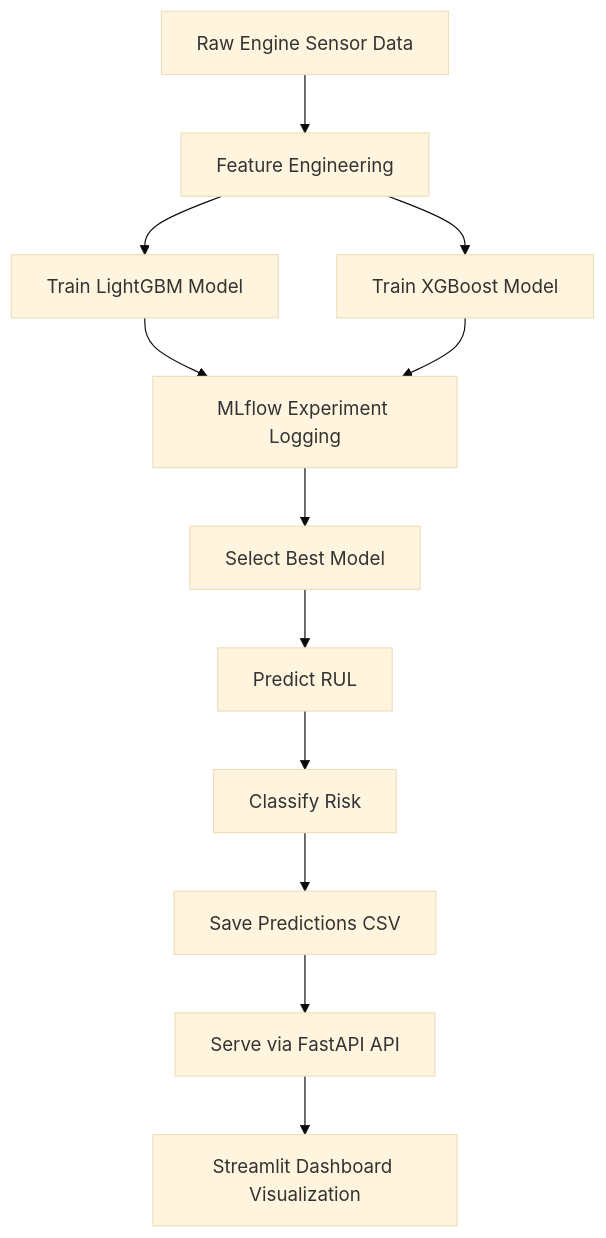
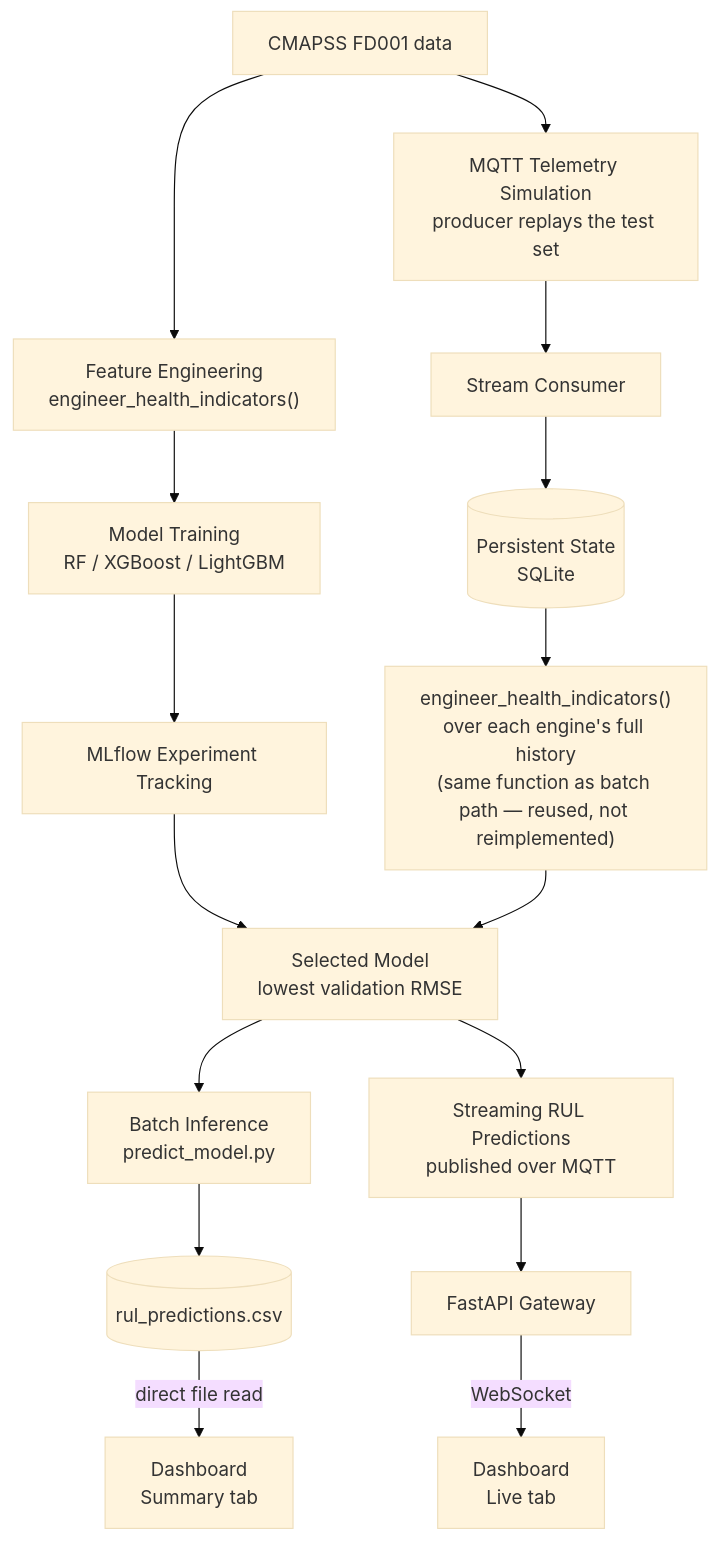
One commit to S-Houston/predictive_maintenance changed the diagram in README.md. Above: the diagram before and after it, drawn with Mermaid (base theme). The commit also changed other lines of this file, not shown here.

First line of the commit message:
docs: reframe README overview and goals, redraw workflow diagram

````diff
--- a/README.md
+++ b/README.md
@@ -105,14 +101,20 @@
 ```mermaid
 flowchart TD
-    A[Raw Engine Sensor Data] --> B[Feature Engineering]
-    B --> C[Train LightGBM Model]
-    B --> D[Train XGBoost Model]
-    C --> E[MLflow Experiment Logging]
-    D --> E
-    E --> F[Select Best Model]
-    F --> G[Predict RUL]
-    G --> H[Classify Risk]
-    H --> I[Save Predictions CSV]
-    I --> J[Serve via FastAPI API]
-    J --> K[Streamlit Dashboard Visualization]
+    A[CMAPSS FD001 data] --> B["Feature Engineering<br/>engineer_health_indicators()"]
+    B --> C["Model Training<br/>RF / XGBoost / LightGBM"]
+    C --> D[MLflow Experiment Tracking]
+    D --> E["Selected Model<br/>lowest validation RMSE"]
+
+    E --> I["Batch Inference<br/>predict_model.py"]
+    I --> J[("rul_predictions.csv")]
+    J -->|direct file read| K["Dashboard<br/>Summary tab"]
+
+    A --> F["MQTT Telemetry Simulation<br/>producer replays the test set"]
+    F --> G[Stream Consumer]
+    G --> H[("Persistent State<br/>SQLite")]
+    H --> L["engineer_health_indicators()<br/>over each engine's full history<br/>(same function as batch path — reused, not reimplemented)"]
+    L --> E
+    E --> M["Streaming RUL Predictions<br/>published over MQTT"]
+    M --> N[FastAPI Gateway]
+    N -->|WebSocket| O["Dashboard<br/>Live tab"]
 ```
````
